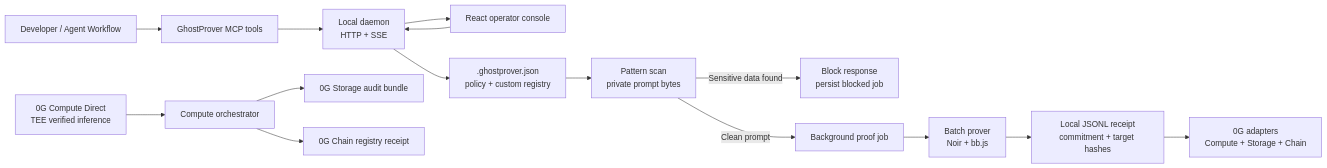
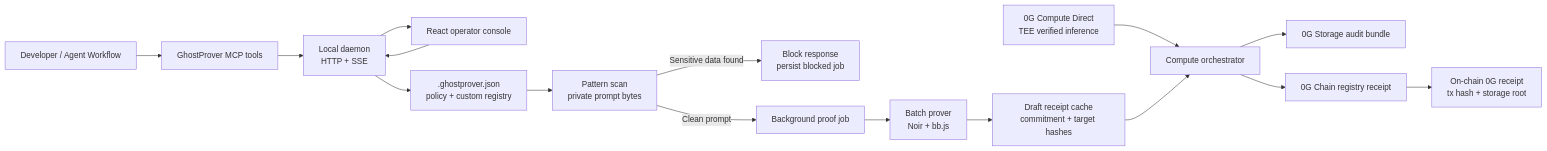
The diagram in README.md (groverInnovate/GhostProver), drawn with Mermaid before and after one commit. The commit also changed other lines of this file and 20 other files, not shown here.

Commit message:
Clarify 0G receipt flow and draft cache semantics

````diff
--- a/README.md
+++ b/README.md
@@ -56,17 +56,18 @@
 ```mermaid
 flowchart LR
   User["Developer / Agent Workflow"] --> MCP["GhostProver MCP tools"]
   Console["React operator console"] --> Daemon["Local daemon\nHTTP + SSE"]
   MCP --> Daemon
   Daemon --> Policy[".ghostprover.json\npolicy + custom registry"]
   Policy --> Scan["Pattern scan\nprivate prompt bytes"]
   Scan -->|Sensitive data found| Block["Block response\npersist blocked job"]
   Scan -->|Clean prompt| Queue["Background proof job"]
   Queue --> Batch["Batch prover\nNoir + bb.js"]
-  Batch --> Receipt["Local JSONL receipt\ncommitment + target hashes"]
+  Batch --> Draft["Draft receipt cache\ncommitment + target hashes"]
   Live["0G Compute Direct\nTEE verified inference"] --> Orchestrator["Compute orchestrator"]
+  Draft --> Orchestrator
   Orchestrator --> Storage["0G Storage audit bundle"]
   Orchestrator --> Chain["0G Chain registry receipt"]
-  Receipt --> Stack0G["0G adapters\nCompute + Storage + Chain"]
+  Chain --> Receipt["On-chain 0G receipt\ntx hash + storage root"]
   Daemon --> Console
 ```
````
